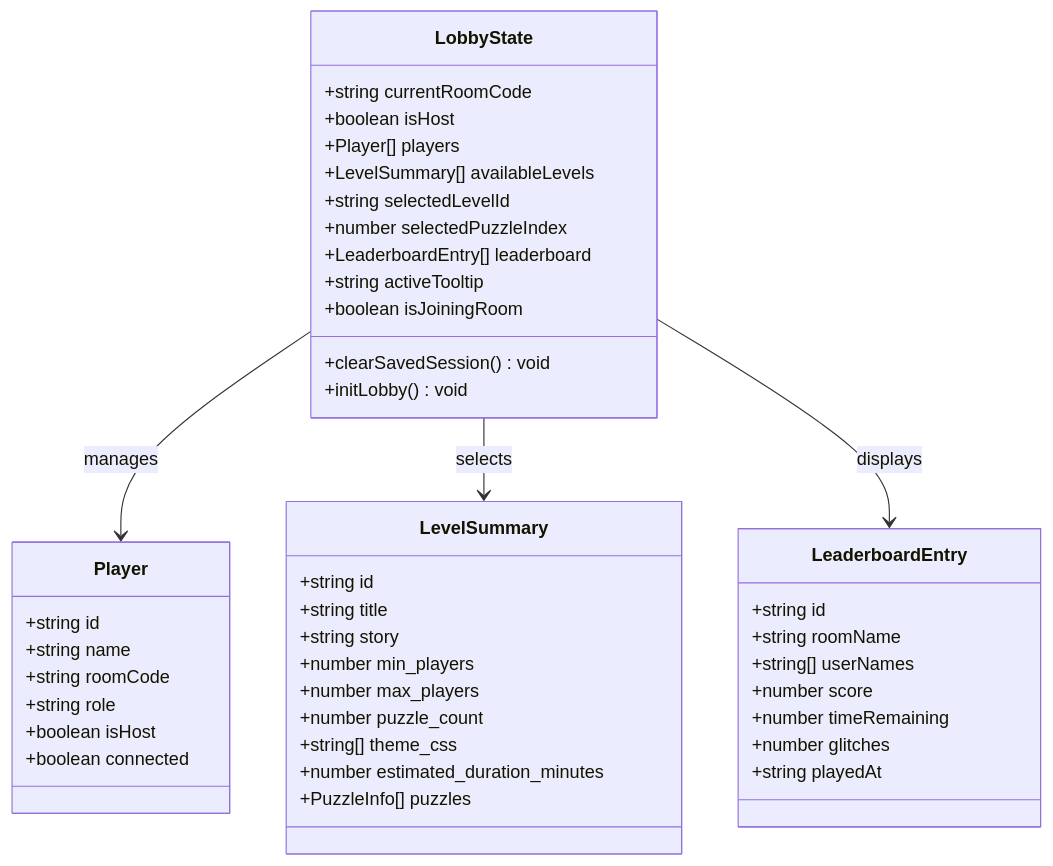
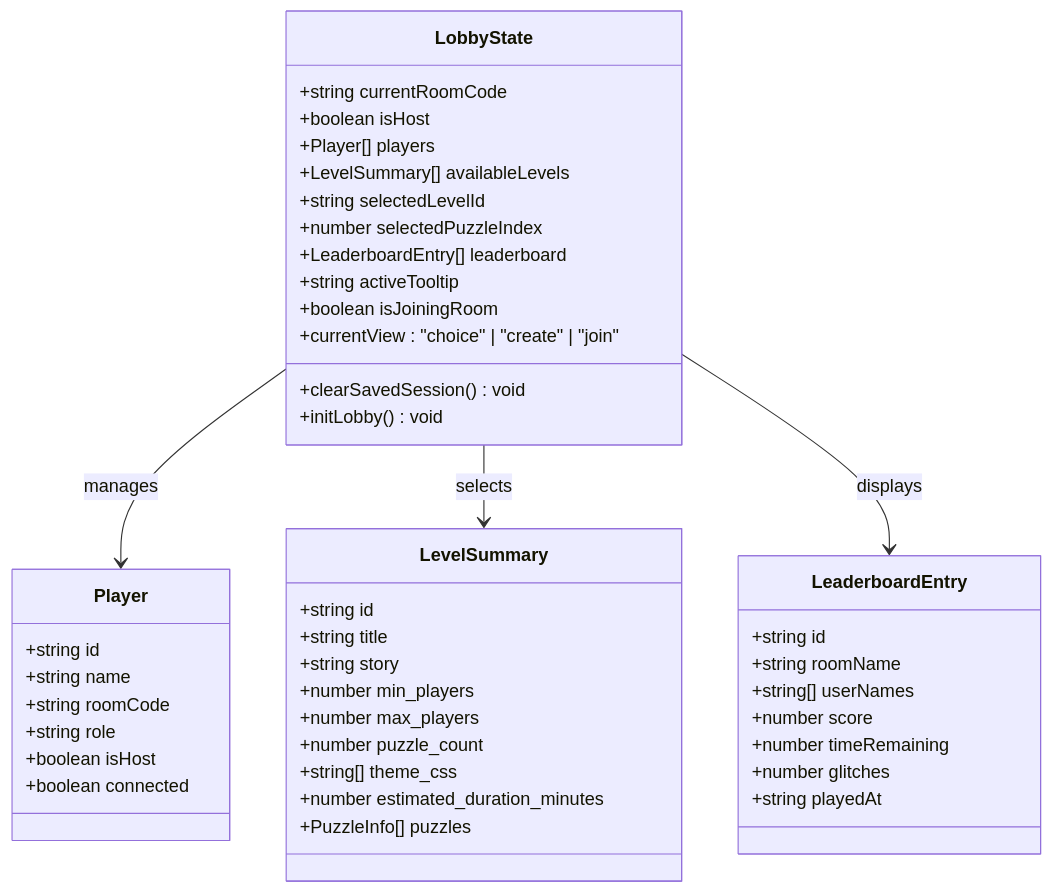
The third of 15 diagrams in .qoder/repowiki/en/content/Lobby Screen.md (dkoukoul/escape-room-mvp), drawn with Mermaid before and after one commit. The commit also changed other lines of this file and 1 other file, not shown here.

````diff
--- a/.qoder/repowiki/en/content/Lobby Screen.md
+++ b/.qoder/repowiki/en/content/Lobby Screen.md
@@ -193,47 +209,48 @@
 ```mermaid
 classDiagram
 class LobbyState {
 +string currentRoomCode
 +boolean isHost
 +Player[] players
 +LevelSummary[] availableLevels
 +string selectedLevelId
 +number selectedPuzzleIndex
 +LeaderboardEntry[] leaderboard
 +string activeTooltip
 +boolean isJoiningRoom
++currentView : "choice" | "create" | "join"
 +clearSavedSession() void
 +initLobby() void
 }
 class Player {
 +string id
 +string name
 +string roomCode
 +string role
 +boolean isHost
 +boolean connected
 }
 class LevelSummary {
 +string id
 +string title
 +string story
 +number min_players
 +number max_players
 +number puzzle_count
 +string[] theme_css
 +number estimated_duration_minutes
 +PuzzleInfo[] puzzles
 }
 class LeaderboardEntry {
 +string id
 +string roomName
 +string[] userNames
 +number score
 +number timeRemaining
 +number glitches
 +string playedAt
 }
 LobbyState --> Player : manages
 LobbyState --> LevelSummary : selects
 LobbyState --> LeaderboardEntry : displays
 ```
````
